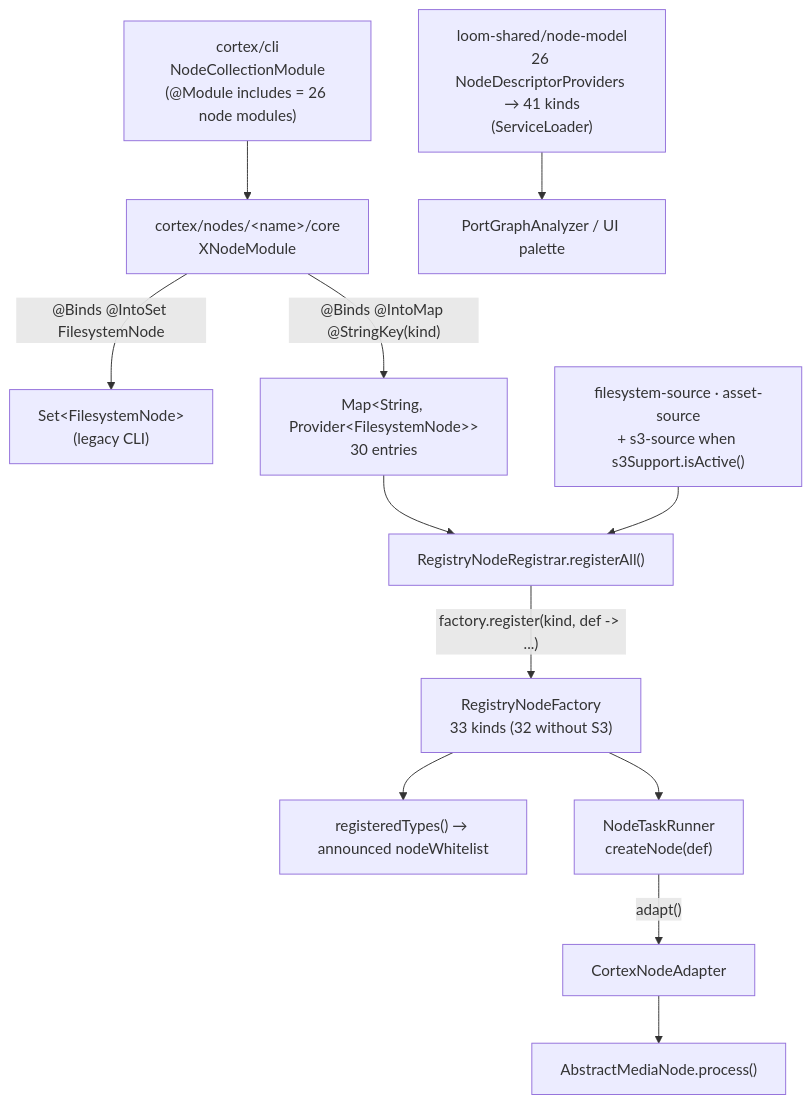
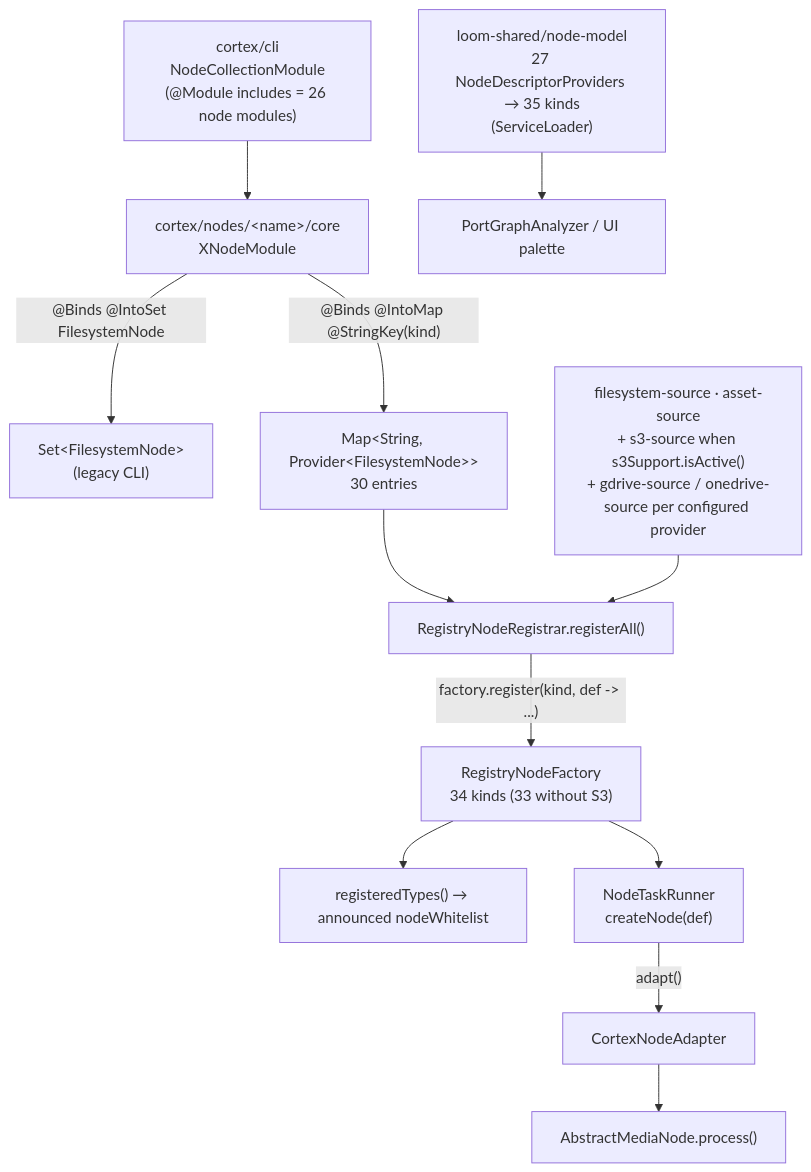
One commit to metaloom/metaloom changed the diagram in spec/features/pipeline-nodes/NODES.md. Above: the diagram before and after it, drawn with Mermaid. The commit also changed other lines of this file and 278 other files, not shown here.

Commit message:
Add filter, translate, gdrive, cloud source nodes

````diff
--- a/spec/features/pipeline-nodes/NODES.md
+++ b/spec/features/pipeline-nodes/NODES.md
@@ -272,15 +292,15 @@
 ```mermaid
 flowchart TD
   M["cortex/nodes/&lt;name&gt;/core<br/>XNodeModule"]
   M -->|"@Binds @IntoSet FilesystemNode"| S["Set&lt;FilesystemNode&gt;<br/>(legacy CLI)"]
   M -->|"@Binds @IntoMap @StringKey(kind)"| K["Map&lt;String, Provider&lt;FilesystemNode&gt;&gt;<br/>30 entries"]
   NC["cortex/cli<br/>NodeCollectionModule<br/>(@Module includes = 26 node modules)"] --> M
   K --> R["RegistryNodeRegistrar.registerAll()"]
-  SRC["filesystem-source · asset-source<br/>+ s3-source when s3Support.isActive()"] --> R
-  R -->|"factory.register(kind, def -&gt; ...)"| F["RegistryNodeFactory<br/>33 kinds (32 without S3)"]
+  SRC["filesystem-source · asset-source<br/>+ s3-source when s3Support.isActive()<br/>+ gdrive-source / onedrive-source per configured provider"] --> R
+  R -->|"factory.register(kind, def -&gt; ...)"| F["RegistryNodeFactory<br/>34 kinds (33 without S3)"]
   F --> W["registeredTypes() → announced nodeWhitelist"]
   F --> NT["NodeTaskRunner<br/>createNode(def)"]
   NT -->|"adapt()"| A["CortexNodeAdapter"]
   A --> P["AbstractMediaNode.process()"]
-  D["loom-shared/node-model<br/>26 NodeDescriptorProviders → 41 kinds<br/>(ServiceLoader)"] --> V["PortGraphAnalyzer / UI palette"]
+  D["loom-shared/node-model<br/>27 NodeDescriptorProviders → 35 kinds<br/>(ServiceLoader)"] --> V["PortGraphAnalyzer / UI palette"]
 ```
````
